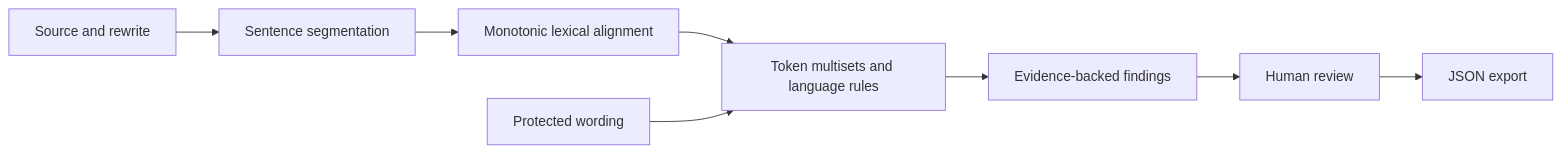
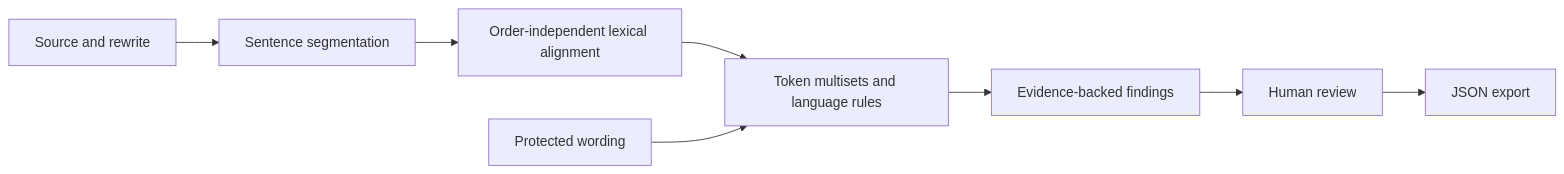
One commit to ufodia/fact-fuse changed the diagram in docs/architecture.md. Above: the diagram before and after it, drawn with Mermaid. The commit also changed other lines of this file and 10 other files, not shown here.

````diff
--- a/docs/architecture.md
+++ b/docs/architecture.md
@@ -3,10 +3,10 @@
 ```mermaid
 flowchart LR
   A[Source and rewrite] --> B[Sentence segmentation]
-  B --> C[Monotonic lexical alignment]
+  B --> C[Order-independent lexical alignment]
   C --> D[Token multisets and language rules]
   E[Protected wording] --> D
   D --> F[Evidence-backed findings]
   F --> G[Human review]
   G --> H[JSON export]
 ```
````
